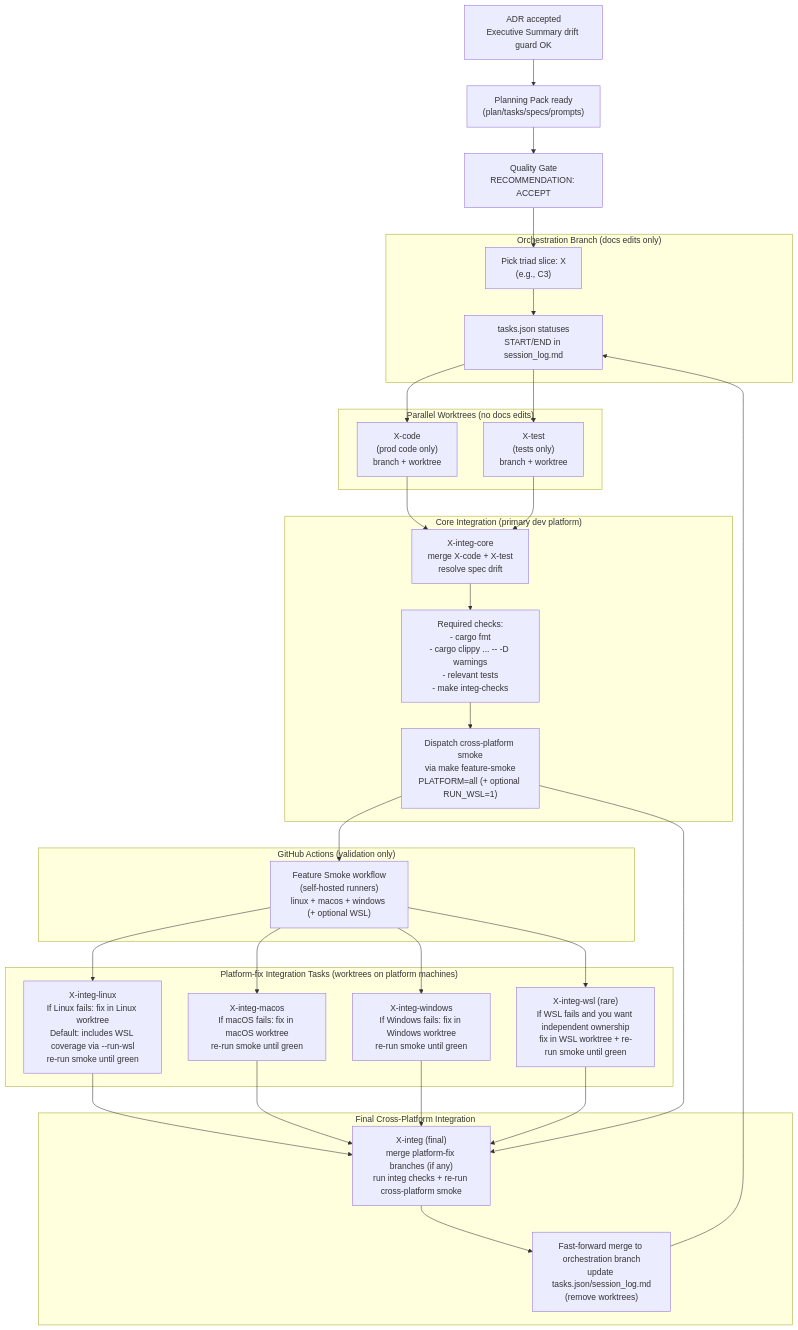
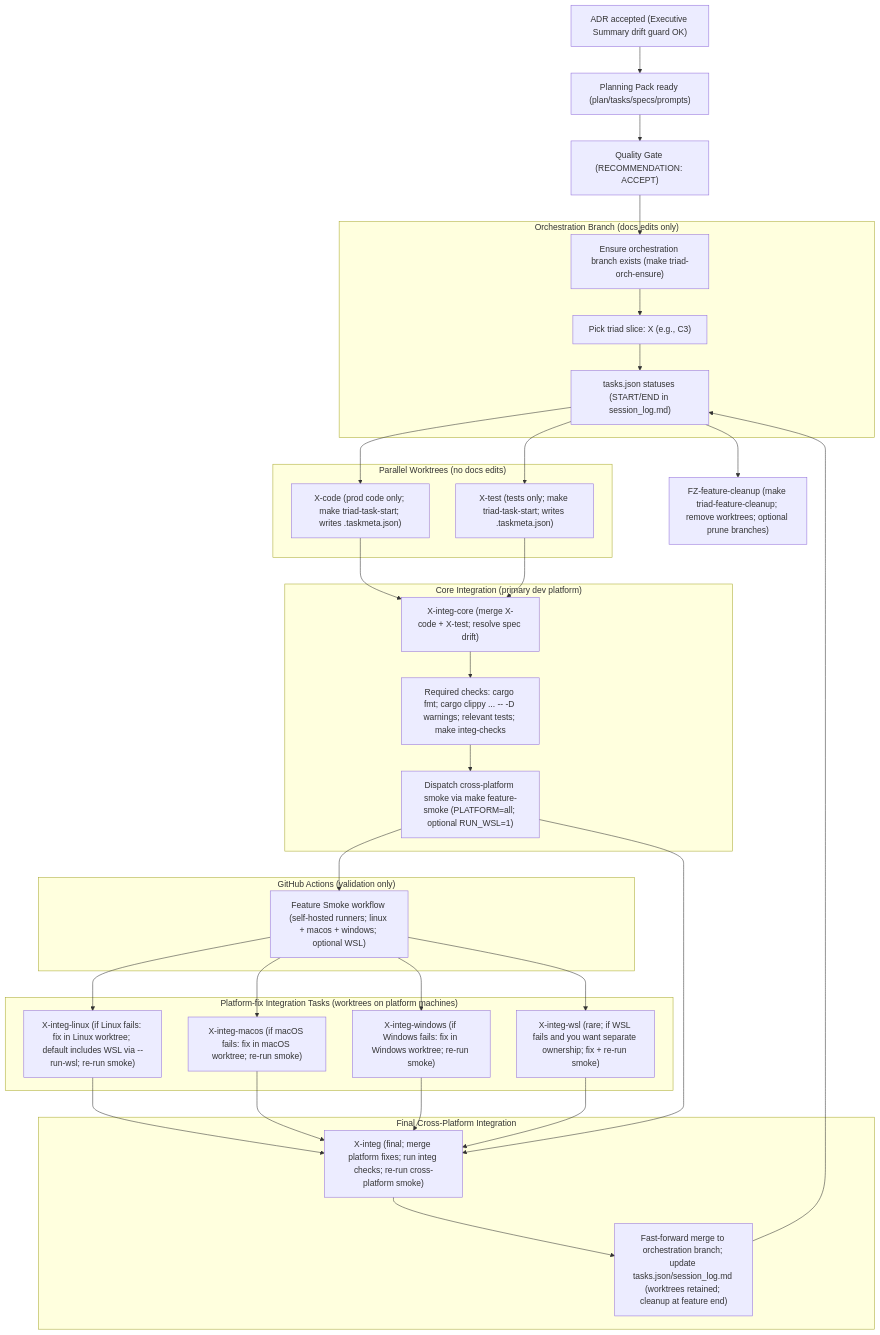
Before and after one commit to atomize-hq/substrate: the first of 2 diagrams in docs/project_management/standards/TRIAD_WORKFLOW_CROSS_PLATFORM_INTEG.md, drawn with Mermaid. The commit also changed other lines of this file and 21 other files, not shown here.

Commit message:
chore: planning automation task scripts

````diff
--- a/docs/project_management/standards/TRIAD_WORKFLOW_CROSS_PLATFORM_INTEG.md
+++ b/docs/project_management/standards/TRIAD_WORKFLOW_CROSS_PLATFORM_INTEG.md
@@ -18,70 +19,75 @@
 ```mermaid
 flowchart TD
   %% ======== Inputs / gating ========
-  ADR["ADR accepted<br/>Executive Summary drift guard OK"]
-  PACK["Planning Pack ready<br/>(plan/tasks/specs/prompts)"]
-  GATE["Quality Gate<br/>RECOMMENDATION: ACCEPT"]
+  ADR["ADR accepted (Executive Summary drift guard OK)"]
+  PACK["Planning Pack ready (plan/tasks/specs/prompts)"]
+  GATE["Quality Gate (RECOMMENDATION: ACCEPT)"]
 
   ADR --> PACK --> GATE
 
   %% ======== Triad execution ========
   subgraph ORCH["Orchestration Branch (docs edits only)"]
-    START["Pick triad slice: X<br/>(e.g., C3)"]
-    TASKS["tasks.json statuses<br/>START/END in session_log.md"]
+    ORCH_ENSURE["Ensure orchestration branch exists (make triad-orch-ensure)"]
+    START["Pick triad slice: X (e.g., C3)"]
+    TASKS["tasks.json statuses (START/END in session_log.md)"]
   end
 
-  GATE --> START
+  GATE --> ORCH_ENSURE --> START
   START --> TASKS
 
   subgraph WT["Parallel Worktrees (no docs edits)"]
-    CODE["X-code<br/>(prod code only)<br/>branch + worktree"]
-    TEST["X-test<br/>(tests only)<br/>branch + worktree"]
+    CODE["X-code (prod code only; make triad-task-start; writes .taskmeta.json)"]
+    TEST["X-test (tests only; make triad-task-start; writes .taskmeta.json)"]
   end
 
   TASKS --> CODE
   TASKS --> TEST
 
   subgraph INTEG_CORE["Core Integration (primary dev platform)"]
-    MERGE["X-integ-core<br/>merge X-code + X-test<br/>resolve spec drift"]
-    CORE_CHECKS["Required checks:<br/>- cargo fmt<br/>- cargo clippy ... -- -D warnings<br/>- relevant tests<br/>- make integ-checks"]
-    CORE_DISPATCH["Dispatch cross-platform smoke<br/>via make feature-smoke<br/>PLATFORM=all (+ optional RUN_WSL=1)"]
+    MERGE["X-integ-core (merge X-code + X-test; resolve spec drift)"]
+    CORE_CHECKS["Required checks: cargo fmt; cargo clippy ... -- -D warnings; relevant tests; make integ-checks"]
+    CORE_DISPATCH["Dispatch cross-platform smoke via make feature-smoke (PLATFORM=all; optional RUN_WSL=1)"]
   end
 
   CODE --> MERGE
   TEST --> MERGE
   MERGE --> CORE_CHECKS
   CORE_CHECKS --> CORE_DISPATCH
 
   %% ======== Smoke validation (CI) ========
   subgraph CI["GitHub Actions (validation only)"]
-    SMOKE_ALL["Feature Smoke workflow<br/>(self-hosted runners)<br/>linux + macos + windows (+ optional WSL)"]
+    SMOKE_ALL["Feature Smoke workflow (self-hosted runners; linux + macos + windows; optional WSL)"]
   end
 
   CORE_DISPATCH --> SMOKE_ALL
 
   %% ======== Platform-fix tasks (parallel, only if needed) ========
   subgraph PF["Platform-fix Integration Tasks (worktrees on platform machines)"]
-    LNX["X-integ-linux<br/>If Linux fails: fix in Linux worktree<br/>Default: includes WSL coverage via --run-wsl<br/>re-run smoke until green"]
-    MAC["X-integ-macos<br/>If macOS fails: fix in macOS worktree<br/>re-run smoke until green"]
-    WIN["X-integ-windows<br/>If Windows fails: fix in Windows worktree<br/>re-run smoke until green"]
-    WSL["X-integ-wsl (rare)<br/>If WSL fails and you want independent ownership<br/>fix in WSL worktree + re-run smoke until green"]
+    LNX["X-integ-linux (if Linux fails: fix in Linux worktree; default includes WSL via --run-wsl; re-run smoke)"]
+    MAC["X-integ-macos (if macOS fails: fix in macOS worktree; re-run smoke)"]
+    WIN["X-integ-windows (if Windows fails: fix in Windows worktree; re-run smoke)"]
+    WSL["X-integ-wsl (rare; if WSL fails and you want separate ownership; fix + re-run smoke)"]
   end
 
   SMOKE_ALL --> LNX
   SMOKE_ALL --> MAC
   SMOKE_ALL --> WIN
   SMOKE_ALL --> WSL
 
   %% ======== Final aggregator ========
   subgraph INTEG_FINAL["Final Cross-Platform Integration"]
-    AGG["X-integ (final)<br/>merge platform-fix branches (if any)<br/>run integ checks + re-run cross-platform smoke"]
-    MERGE_BACK["Fast-forward merge to orchestration branch<br/>update tasks.json/session_log.md<br/>(remove worktrees)"]
+    AGG["X-integ (final; merge platform fixes; run integ checks; re-run cross-platform smoke)"]
+    MERGE_BACK["Fast-forward merge to orchestration branch; update tasks.json/session_log.md (worktrees retained; cleanup at feature end)"]
   end
 
   LNX --> AGG
   MAC --> AGG
   WIN --> AGG
   WSL --> AGG
   CORE_DISPATCH --> AGG
   AGG --> MERGE_BACK --> TASKS
+
+  %% ======== Feature end cleanup ========
+  CLEANUP["FZ-feature-cleanup (make triad-feature-cleanup; remove worktrees; optional prune branches)"]
+  TASKS --> CLEANUP
 ```
````
